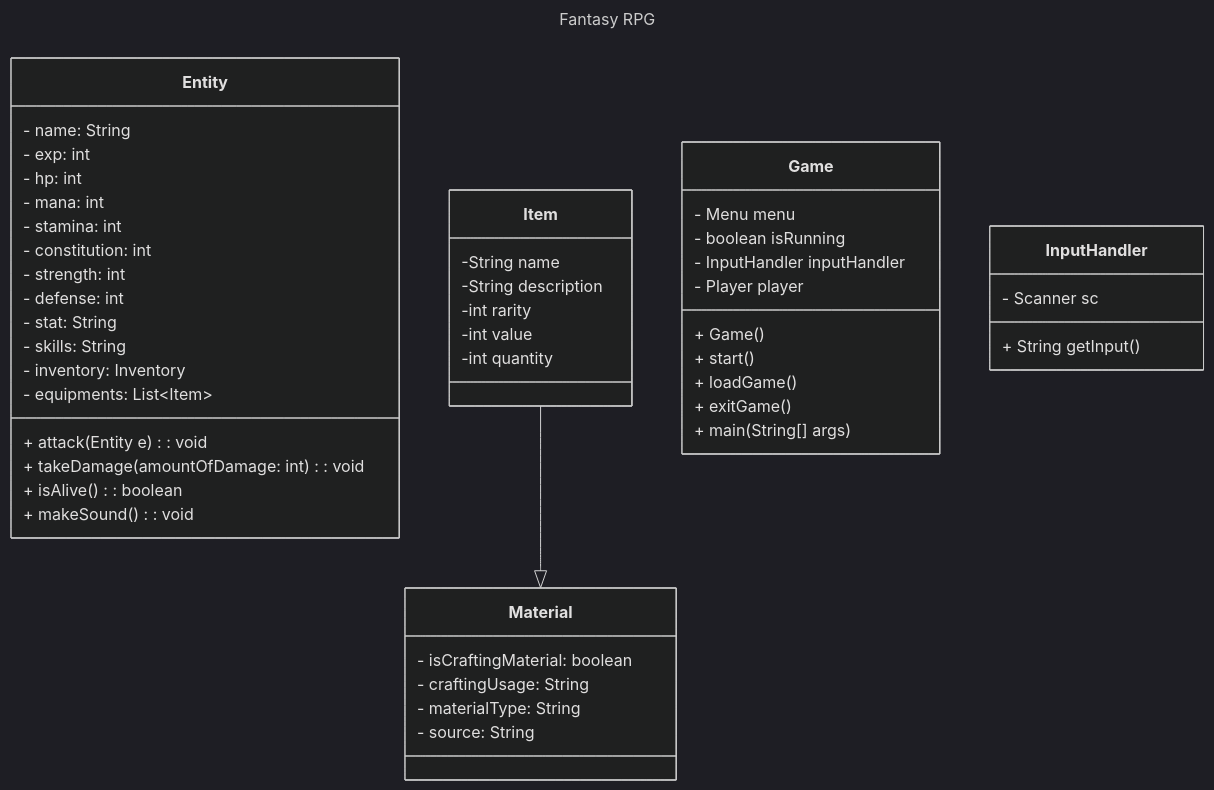
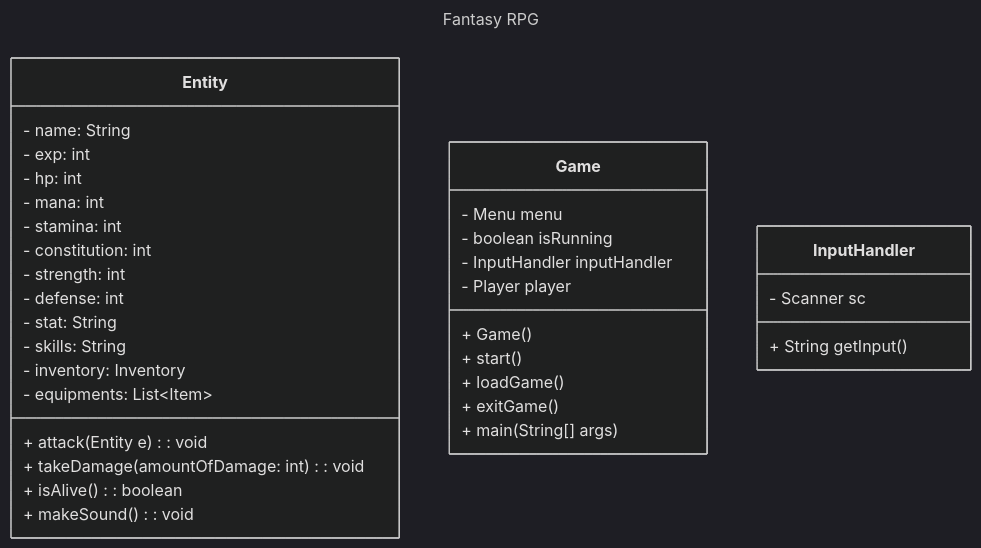
Before and after one commit to pacalso-jjc/2425-2nd-cc3-1b-rpg: the diagram in wiki/Class-Diagram.md, drawn with Mermaid (dark theme).

Commit message:
Removed Item Class and Material Class

````diff
--- a/wiki/Class-Diagram.md
+++ b/wiki/Class-Diagram.md
@@ -1,57 +1,41 @@
 ```mermaid
 ---
 title: Fantasy RPG
 ---
 classDiagram  
     class Entity{
       - name: String
       - exp: int
       - hp: int
       - mana: int
       - stamina: int
       - constitution: int
       - strength: int
       - defense: int
       - stat: String
       - skills: String
       - inventory: Inventory
       - equipments: List~Item~
       + attack(Entity e): void
       + takeDamage(amountOfDamage: int): void
       + isAlive (): boolean
       + makeSound(): void
     }
 
-    Item --|> Material
-    class Item{
-        -String name
-        -String description
-        -int rarity
-        -int value
-        -int quantity
-    }
-
-    class Material {
-        - isCraftingMaterial: boolean
-        - craftingUsage: String
-        - materialType: String
-        - source: String
-    }
-
     class Game{
         - Menu menu
         - boolean isRunning
         - InputHandler inputHandler
         - Player player
         + Game()
         + start()
         + loadGame()
         + exitGame()
         + main(String[] args)
     }
 
     class InputHandler{
         - Scanner sc
         + String getInput()
     }
 ```
````
